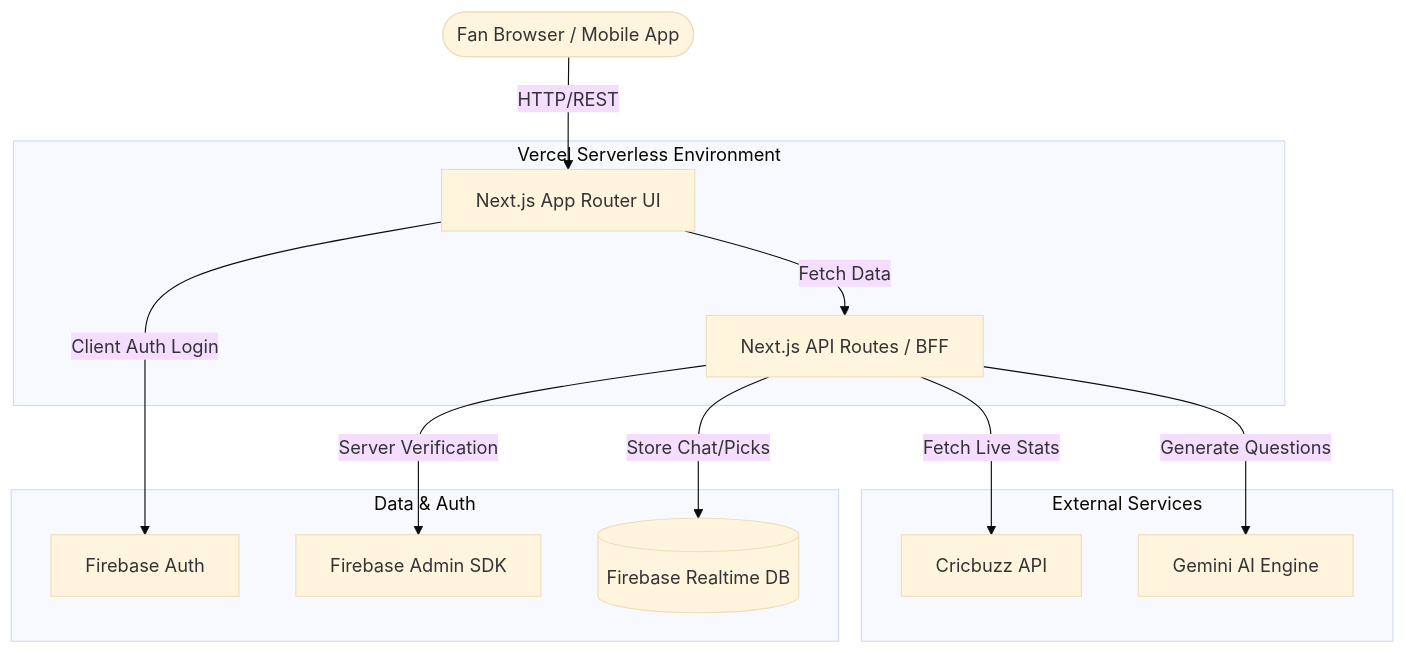
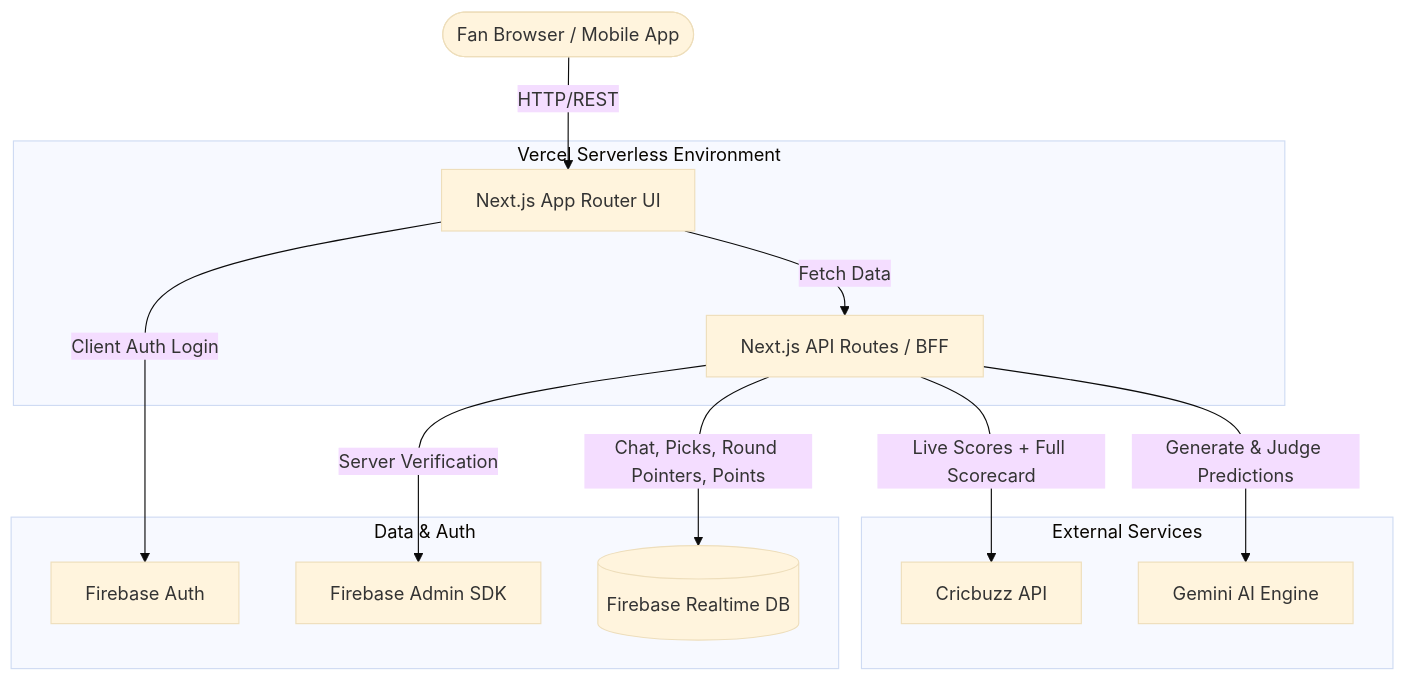
One commit to rsrsp21/PulsePlay changed the first of 3 diagrams in ARCHITECTURE.md. Above: the diagram before and after it, drawn with Mermaid (base theme). The commit also changed other lines of this file and 1 other file, not shown here.

First line of the commit message:
docs: update architecture and README to match current system

````diff
--- a/ARCHITECTURE.md
+++ b/ARCHITECTURE.md
@@ -9,19 +9,19 @@
 ```mermaid
 graph TD
     User([Fan Browser / Mobile App]) -->|HTTP/REST| UI[Next.js App Router UI]
     
     subgraph Vercel Serverless Environment
         UI -->|Fetch Data| API[Next.js API Routes / BFF]
     end
     
     subgraph External Services
-        API -->|Fetch Live Stats| Cricbuzz[Cricbuzz API]
-        API -->|Generate Questions| Gemini[Gemini AI Engine]
+        API -->|Live Scores + Full Scorecard| Cricbuzz[Cricbuzz API]
+        API -->|Generate & Judge Predictions| Gemini[Gemini AI Engine]
     end
     
     subgraph Data & Auth
         UI -->|Client Auth Login| FirebaseAuth[Firebase Auth]
         API -->|Server Verification| FirebaseAdmin[Firebase Admin SDK]
-        API -->|Store Chat/Picks| FirebaseDB[(Firebase Realtime DB)]
+        API -->|Chat, Picks, Round Pointers, Points| FirebaseDB[(Firebase Realtime DB)]
     end
 ```
````
